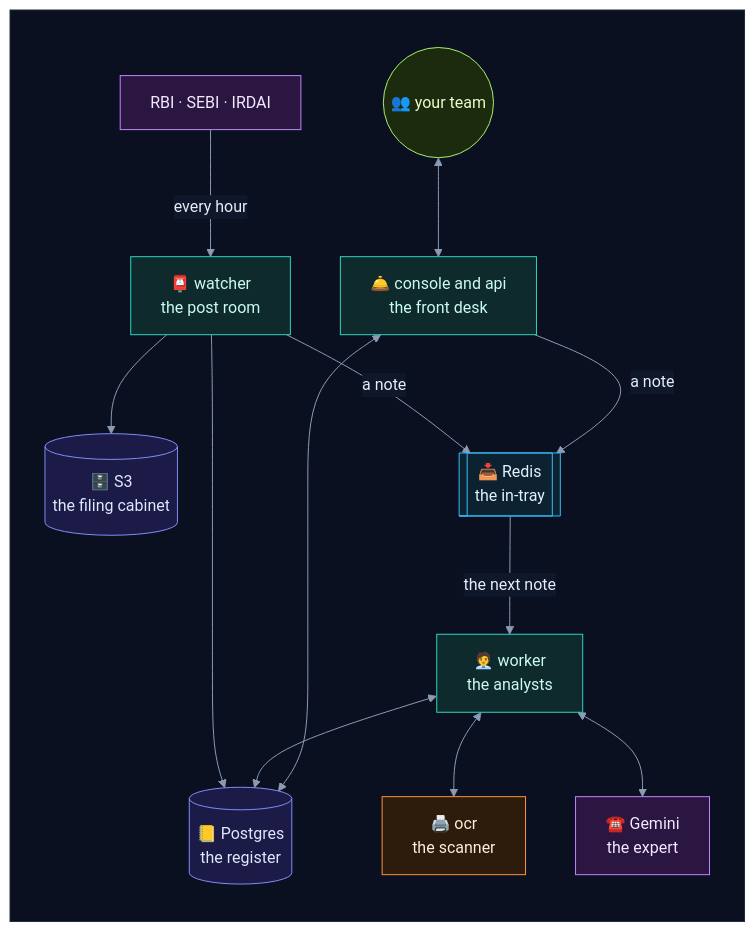
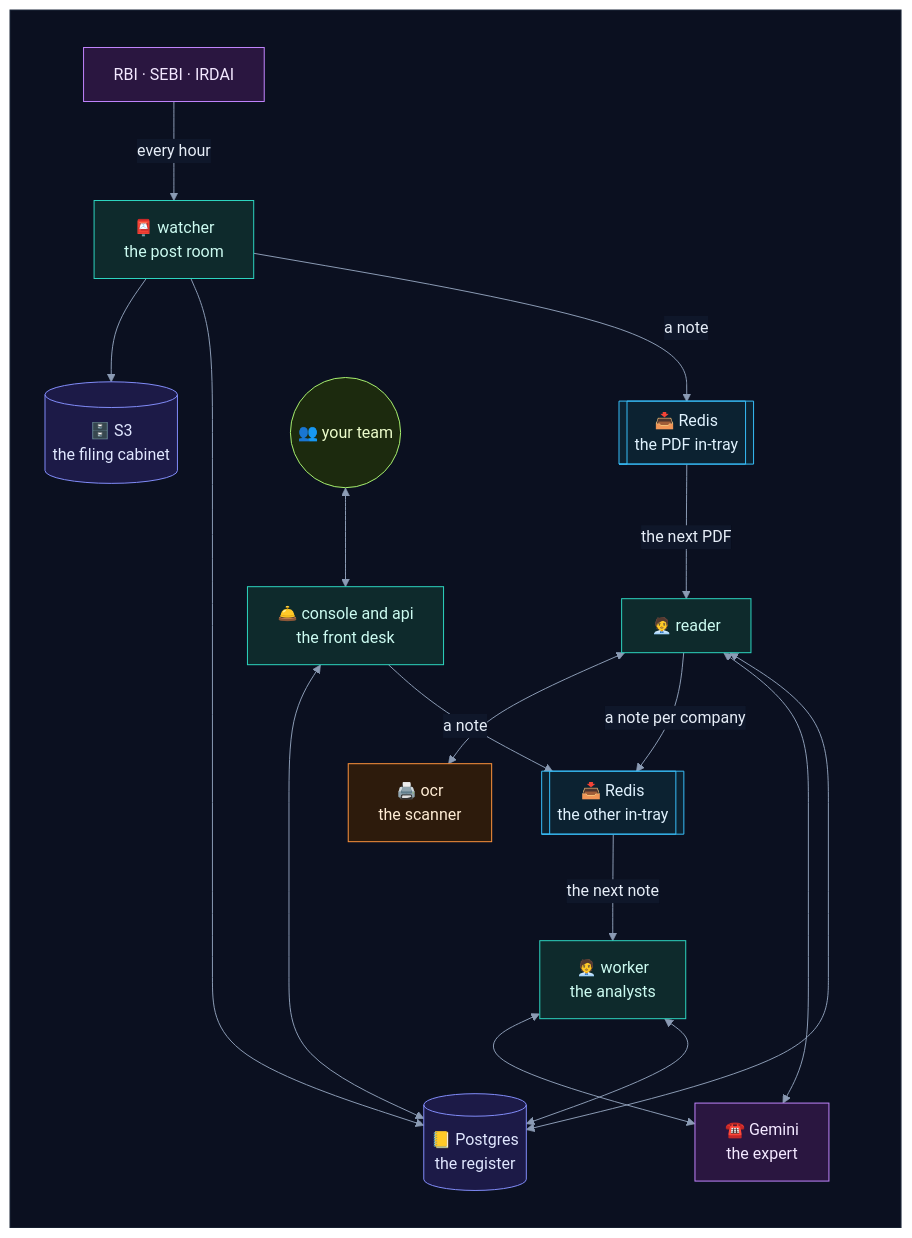
One commit to selvakumarperumal/Regulatory_Circular_Impact_Agent changed the second of 56 diagrams in how_it_works.md. Above: the diagram before and after it, drawn with Mermaid. The commit also changed other lines of this file and 7 other files, not shown here.

````diff
--- a/how_it_works.md
+++ b/how_it_works.md
@@ -133,35 +134,39 @@
 ```mermaid
 %%{init: {"theme": "base", "flowchart": {"diagramPadding": 0}, "themeVariables": {"darkMode": true, "primaryColor": "#16213a", "primaryTextColor": "#e6edf7", "primaryBorderColor": "#475a7a", "lineColor": "#8b9bb4", "secondaryColor": "#1b2436", "tertiaryColor": "#101a2e", "edgeLabelBackground": "#0f172a", "textColor": "#e2e8f0", "clusterBkg": "#0f1728", "clusterBorder": "#2b3a55", "titleColor": "#c4b5fd", "nodeTextColor": "#e6edf7"}}}%%
 flowchart TD
     subgraph canvas[" "]
         direction TB
         sites["RBI · SEBI · IRDAI"] -->|"every hour"| W["📮 watcher<br/>the post room"]
         W --> S3[("🗄️ S3<br/>the filing cabinet")]
         W --> DB[("📒 Postgres<br/>the register")]
-        W -->|"a note"| Q[["📥 Redis<br/>the in-tray"]]
-        Q -->|"the next note"| K["🧑‍💼 worker<br/>the analysts"]
-        K <--> O["🖨️ ocr<br/>the scanner"]
-        K <--> G["☎️ Gemini<br/>the expert"]
+        W -->|"a note"| QP[["📥 Redis<br/>the PDF in-tray"]]
+        QP -->|"the next PDF"| R["🧑‍💼 reader"]
+        R <--> O["🖨️ ocr<br/>the scanner"]
+        R -->|"a note per company"| QM[["📥 Redis<br/>the other in-tray"]]
+        QM -->|"the next note"| K["🧑‍💼 worker<br/>the analysts"]
+        R <--> G["☎️ Gemini<br/>the expert"]
+        K <--> G
+        R <--> DB
         K <--> DB
         U(("👥 your team")) <--> FD["🛎️ console and api<br/>the front desk"]
         FD <--> DB
-        FD -->|"a note"| Q
+        FD -->|"a note"| QM
     end
     classDef svc fill:#0e2a2c,stroke:#2dd4bf,color:#ccfbf1
     classDef data fill:#1c1a47,stroke:#818cf8,color:#e0e7ff
     classDef ext fill:#2a1640,stroke:#c084fc,color:#f3e8ff
     classDef gpu fill:#2d1b0c,stroke:#fb923c,color:#ffedd5
     classDef ask fill:#2a2410,stroke:#fbbf24,color:#fef3c7
     classDef ok fill:#0b2a1c,stroke:#34d399,color:#d1fae5
     classDef bad fill:#2e0f17,stroke:#fb7185,color:#ffe4e6
     classDef start fill:#1c2a0e,stroke:#a7ef6f,color:#ecfccb
     classDef muted fill:#1a2130,stroke:#64748b,color:#cbd5e1
     classDef queue fill:#0c2231,stroke:#38bdf8,color:#e0f2fe
     class sites,G ext
-    class W,K,FD svc
+    class W,R,K,FD svc
     class S3,DB data
-    class Q queue
+    class QP,QM queue
     class O gpu
     class U start
     style canvas fill:#0b1020,stroke:#1e293b,color:#0b1020
 ```
````
